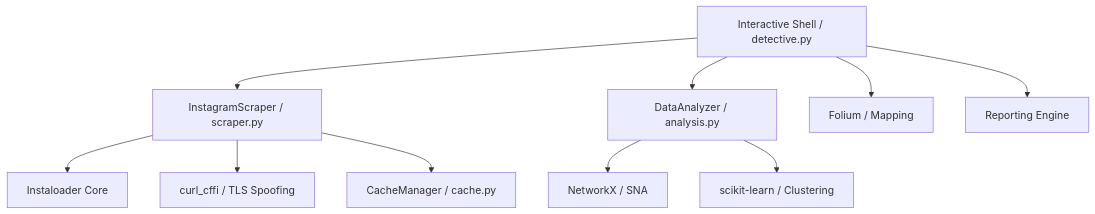
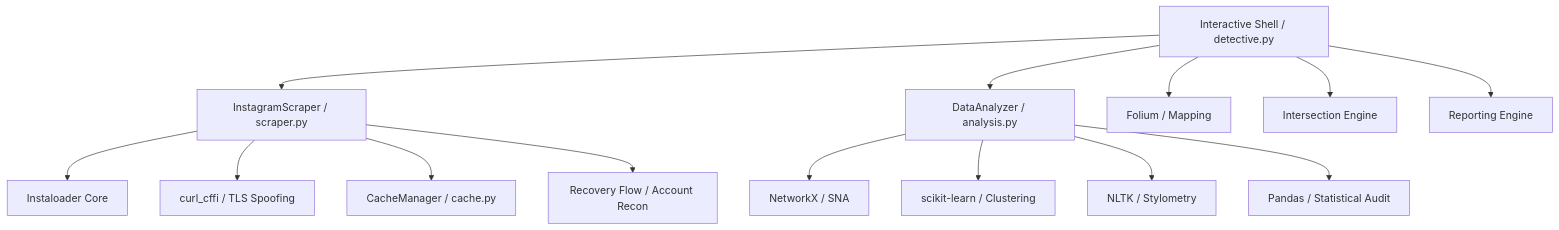
One commit to shredzwho/IG-Detective changed the diagram in DOCUMENTATION.md. Above: the diagram before and after it, drawn with Mermaid. The commit also changed other lines of this file, not shown here.

````diff
--- a/DOCUMENTATION.md
+++ b/DOCUMENTATION.md
@@ -44,12 +44,16 @@
 ```mermaid
 graph TD
     A[Interactive Shell / detective.py] --> B[InstagramScraper / scraper.py]
     A --> C[DataAnalyzer / analysis.py]
     B --> D[Instaloader Core]
     B --> E[curl_cffi / TLS Spoofing]
     B --> F[CacheManager / cache.py]
+    B --> K[Recovery Flow / Account Recon]
     C --> G[NetworkX / SNA]
     C --> H[scikit-learn / Clustering]
+    C --> L[NLTK / Stylometry]
+    C --> M[Pandas / Statistical Audit]
     A --> I[Folium / Mapping]
+    A --> O[Intersection Engine]
     A --> J[Reporting Engine]
 ```
````
